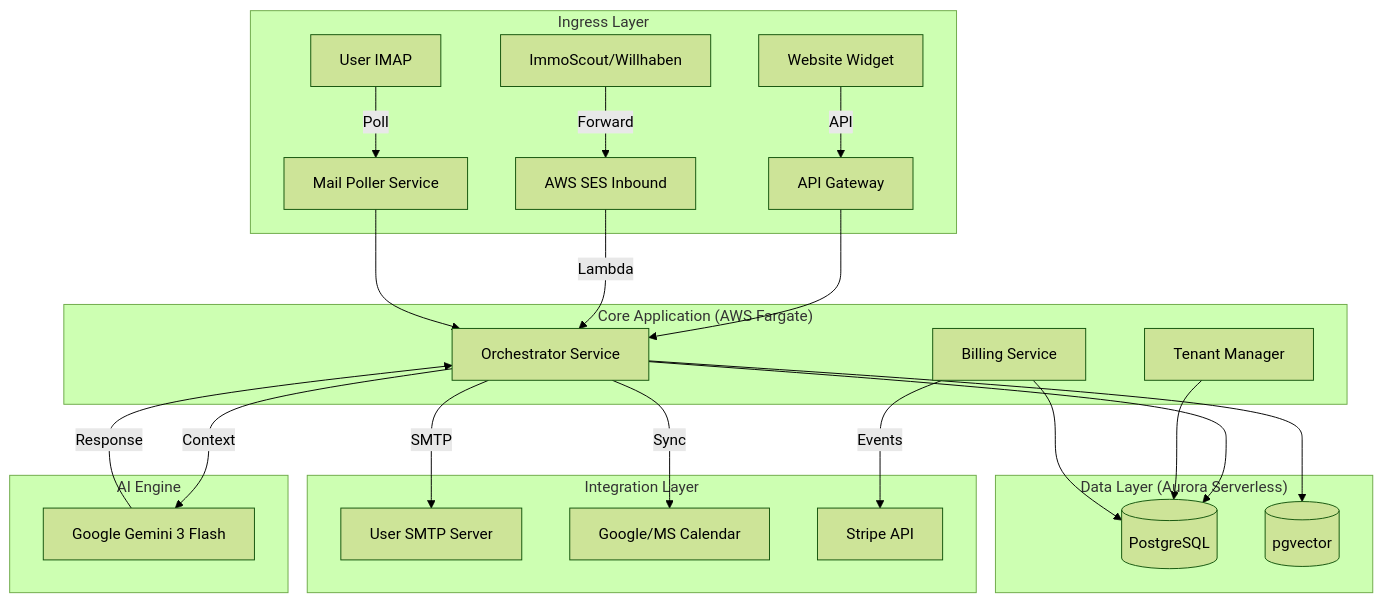
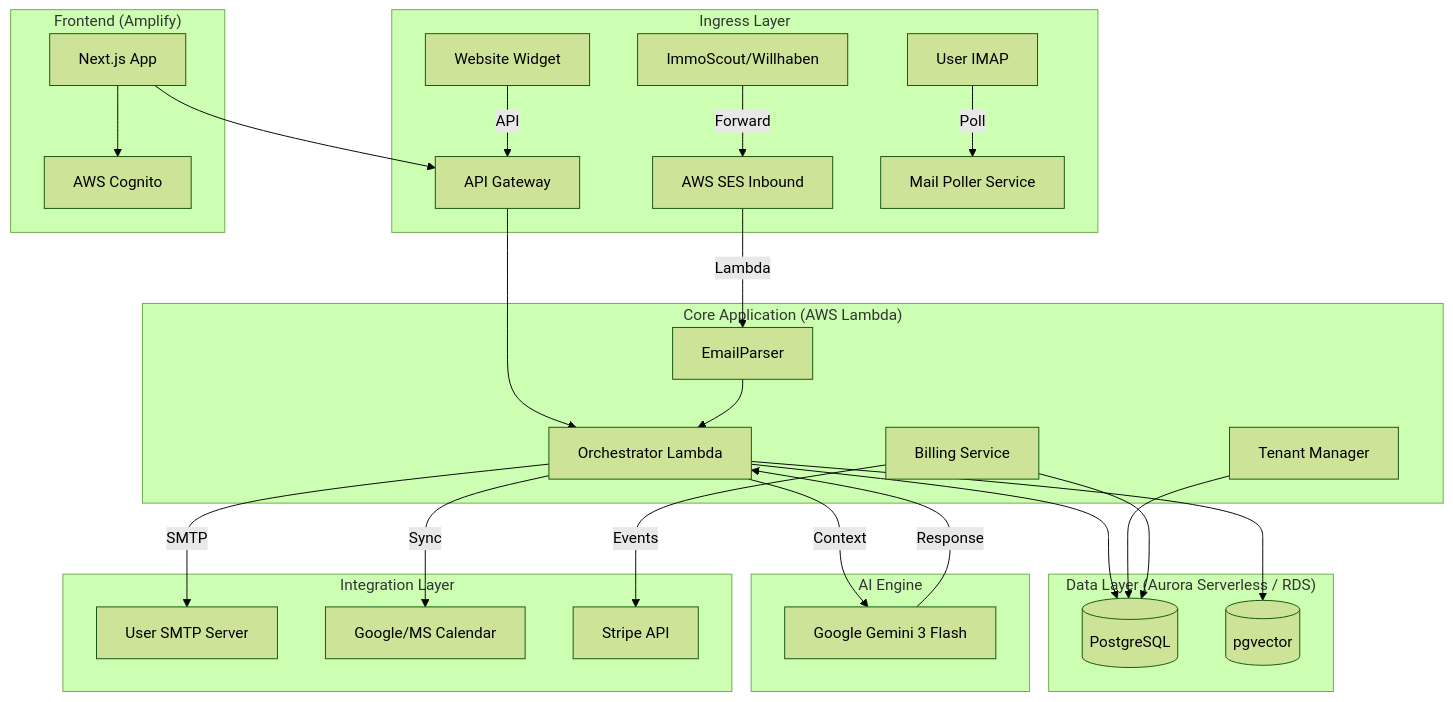
Before and after one commit to option-ai-aut/neuroconcepts: the diagram in docs/ARCHITECTURE.md, drawn with Mermaid (forest theme). The commit also changed other lines of this file and 1 other file, not shown here.

````diff
--- a/docs/ARCHITECTURE.md
+++ b/docs/ARCHITECTURE.md
@@ -7,39 +7,44 @@
 ```mermaid
 graph TD
     subgraph "Ingress Layer"
         Portal[ImmoScout/Willhaben] -->|Forward| SES[AWS SES Inbound]
         Web[Website Widget] -->|API| API[API Gateway]
         UserMail[User IMAP] -->|Poll| Poller[Mail Poller Service]
     end
 
-    subgraph "Core Application (AWS Fargate)"
+    subgraph "Core Application (AWS Lambda)"
         API --> Orchestrator
-        SES -->|Lambda| Orchestrator
-        Poller --> Orchestrator
+        SES -->|Lambda| EmailParser
+        EmailParser --> Orchestrator
         
-        Orchestrator[Orchestrator Service]
+        Orchestrator[Orchestrator Lambda]
         TenantMgr[Tenant Manager]
         Billing[Billing Service]
     end
 
-    subgraph "Data Layer (Aurora Serverless)"
+    subgraph "Data Layer (Aurora Serverless / RDS)"
         DB[(PostgreSQL)]
         Vector[(pgvector)]
     end
 
     subgraph "AI Engine"
         Orchestrator -->|Context| Gemini[Google Gemini 3 Flash]
         Gemini -->|Response| Orchestrator
     end
 
     subgraph "Integration Layer"
         Orchestrator -->|SMTP| UserSMTP[User SMTP Server]
         Orchestrator -->|Sync| Cal[Google/MS Calendar]
         Billing -->|Events| Stripe[Stripe API]
     end
 
+    subgraph "Frontend (Amplify)"
+        NextJS[Next.js App] --> API
+        NextJS --> Cognito[AWS Cognito]
+    end
+
     Orchestrator --> DB
     Orchestrator --> Vector
     TenantMgr --> DB
     Billing --> DB
 ```
````
